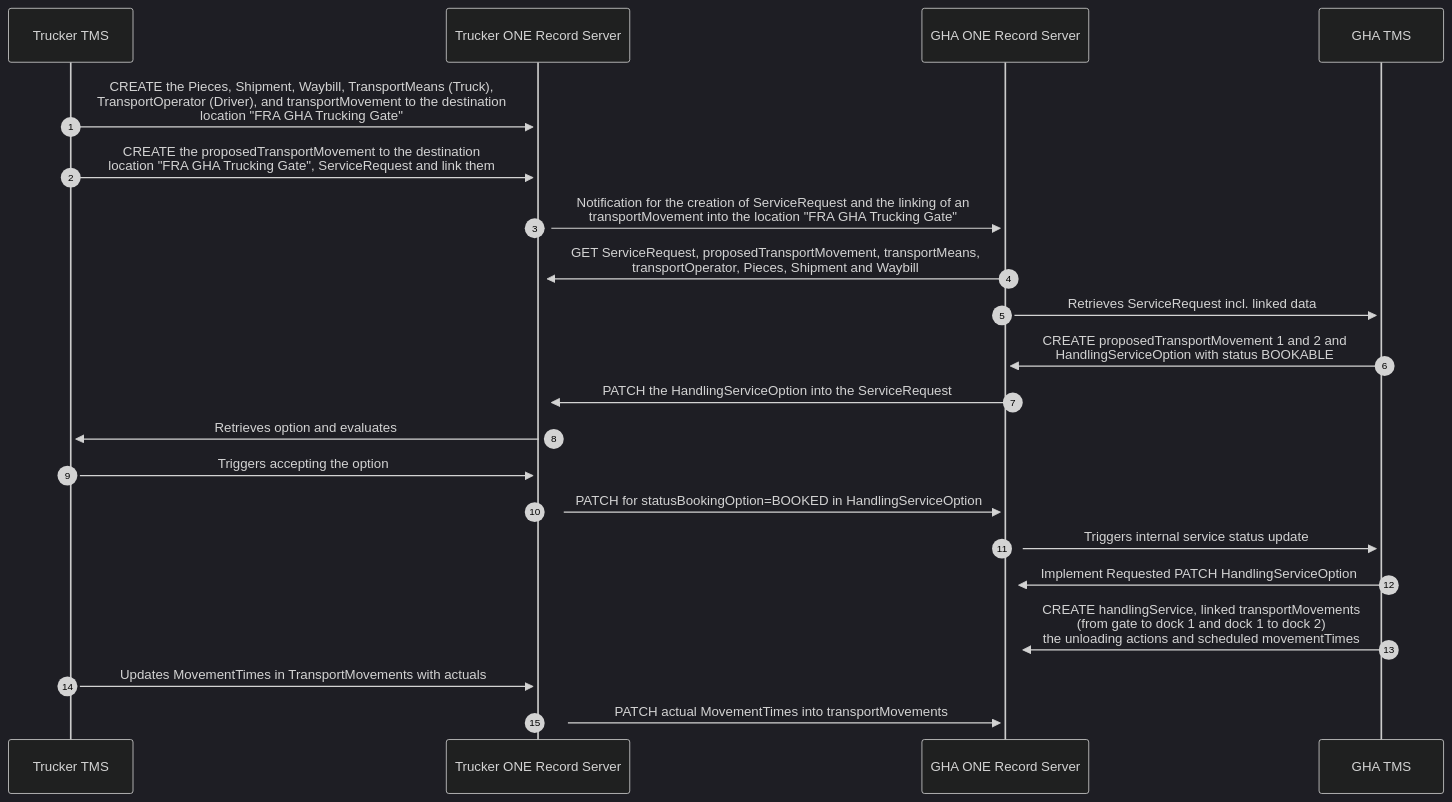
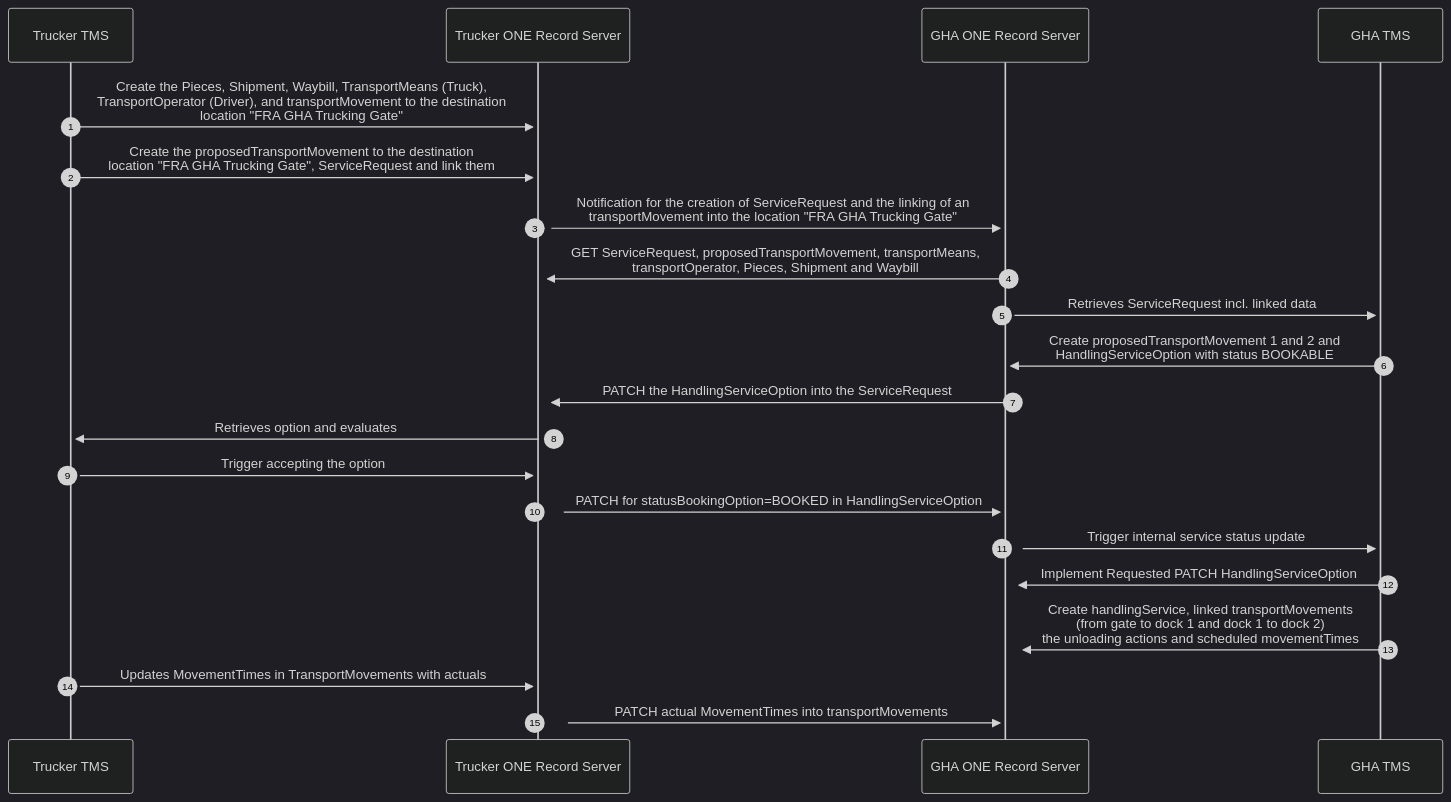
One commit to digital-cargo/good-practice-truck-preadvice changed the third of 3 diagrams in README.md. Above: the diagram before and after it, drawn with Mermaid (dark theme). The commit also changed other lines of this file, not shown here.

Commit message:
Check diagrams for consistency

````diff
--- a/README.md
+++ b/README.md
@@ -191,23 +190,23 @@
 ```mermaid
 sequenceDiagram
     participant Trucker TMS
     participant Trucker ONE Record Server
     participant GHA ONE Record Server
     participant GHA TMS
     autonumber
-    Trucker TMS->>+Trucker ONE Record Server: CREATE the Pieces, Shipment, Waybill, TransportMeans (Truck), <br/> TransportOperator (Driver), and transportMovement to the destination<br/> location "FRA GHA Trucking Gate"
-    Trucker TMS->>+Trucker ONE Record Server: CREATE the proposedTransportMovement to the destination<br/> location "FRA GHA Trucking Gate", ServiceRequest and link them 
+    Trucker TMS->>+Trucker ONE Record Server: Create the Pieces, Shipment, Waybill, TransportMeans (Truck), <br/> TransportOperator (Driver), and transportMovement to the destination<br/> location "FRA GHA Trucking Gate"
+    Trucker TMS->>+Trucker ONE Record Server: Create the proposedTransportMovement to the destination<br/> location "FRA GHA Trucking Gate", ServiceRequest and link them 
     Trucker ONE Record Server->>+GHA ONE Record Server: Notification for the creation of ServiceRequest and the linking of an <br/>transportMovement into the  location "FRA GHA Trucking Gate"
     GHA ONE Record Server->>+ Trucker ONE Record Server: GET ServiceRequest, proposedTransportMovement, transportMeans, <br/>transportOperator, Pieces, Shipment and Waybill
     GHA ONE Record Server->>+GHA TMS: Retrieves ServiceRequest incl. linked data 
-    GHA TMS->>+GHA ONE Record Server: CREATE proposedTransportMovement 1 and 2 and <br/> HandlingServiceOption with status BOOKABLE
+    GHA TMS->>+GHA ONE Record Server: Create proposedTransportMovement 1 and 2 and <br/> HandlingServiceOption with status BOOKABLE
     GHA ONE Record Server->>+Trucker ONE Record Server: PATCH the HandlingServiceOption into the ServiceRequest
     Trucker ONE Record Server->>+ Trucker TMS: Retrieves option and evaluates
-    Trucker TMS ->>+ Trucker ONE Record Server: Triggers accepting the option
+    Trucker TMS ->>+ Trucker ONE Record Server: Trigger accepting the option
     Trucker ONE Record Server ->>+ GHA ONE Record Server: PATCH for statusBookingOption=BOOKED in HandlingServiceOption 
-    GHA ONE Record Server->>+GHA TMS: Triggers internal service status update
+    GHA ONE Record Server->>+GHA TMS: Trigger internal service status update
     GHA TMS->>+GHA ONE Record Server: Implement Requested PATCH HandlingServiceOption 
-    GHA TMS->>+GHA ONE Record Server: CREATE handlingService, linked transportMovements<br/> (from gate to dock 1 and dock 1 to dock 2)<br/> the unloading actions and scheduled movementTimes
+    GHA TMS->>+GHA ONE Record Server: Create handlingService, linked transportMovements<br/> (from gate to dock 1 and dock 1 to dock 2)<br/> the unloading actions and scheduled movementTimes
     Trucker TMS ->>+ Trucker ONE Record Server: Updates MovementTimes in TransportMovements with actuals
     Trucker ONE Record Server ->>+ GHA ONE Record Server: PATCH actual MovementTimes into transportMovements 
 ```
````
